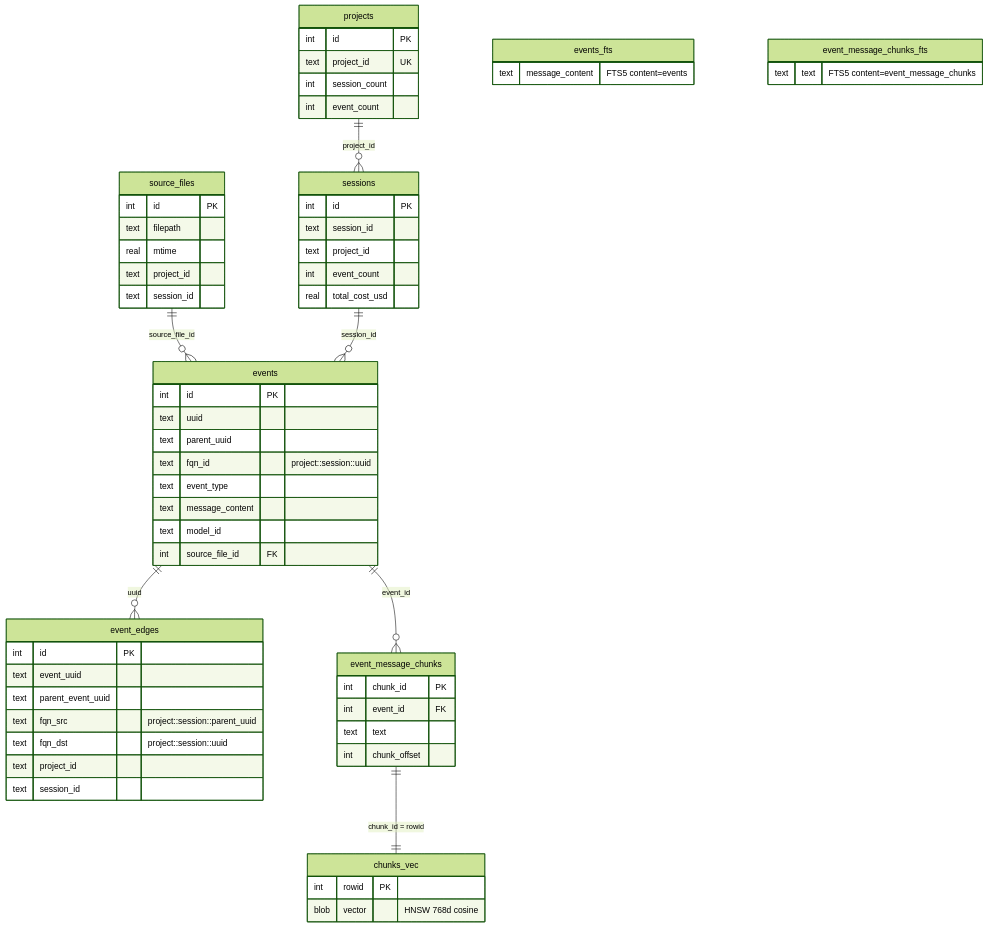
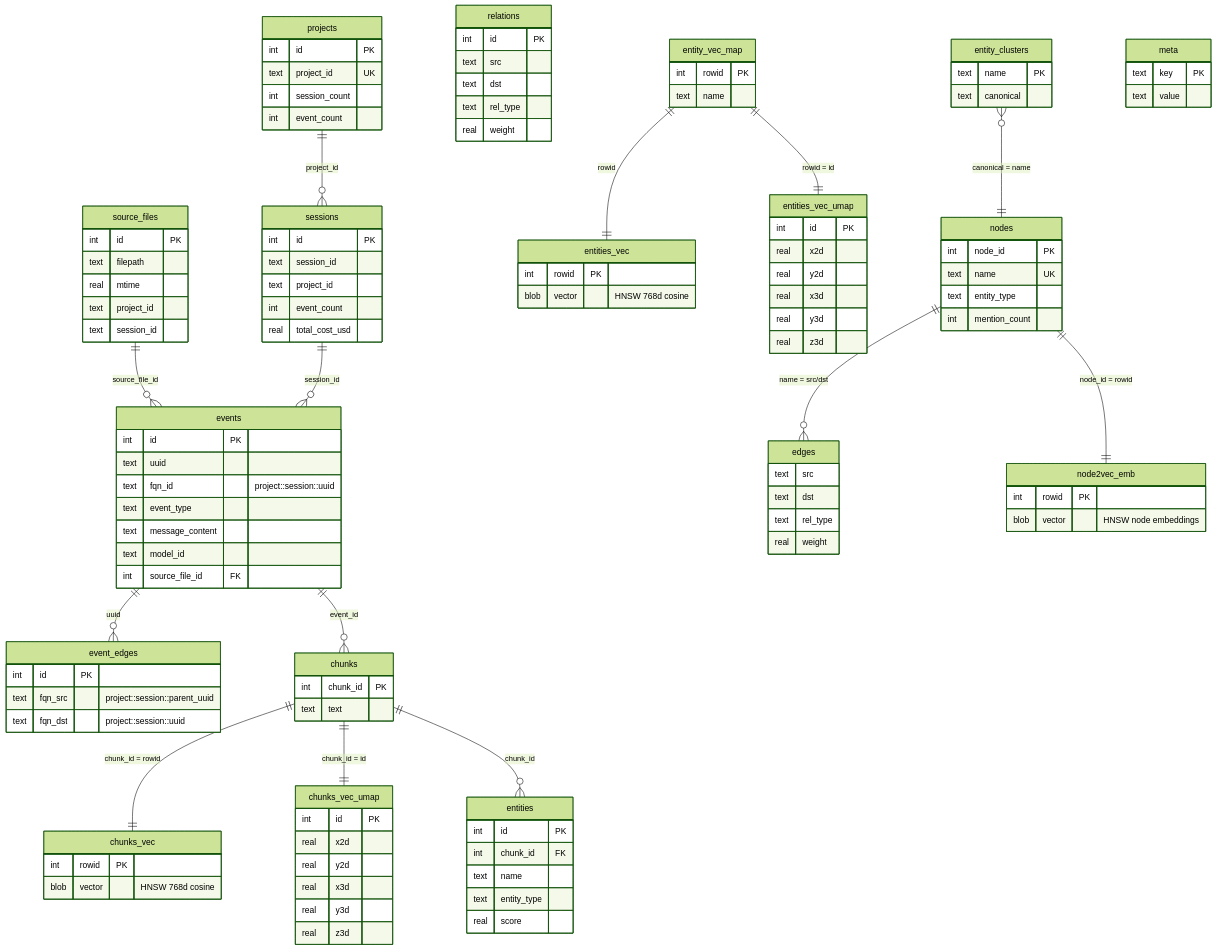
One commit to neozenith/sqlite-muninn changed the second of 2 diagrams in benchmarks/sessions_demo/README.md. Above: the diagram before and after it, drawn with Mermaid (forest theme). The commit also changed other lines of this file and 49 other files, not shown here.

Commit message:
feat: benchmarks.sessions_demo to build incremental knowledge graph from claude code sessions files. Lots of speed tuning splitting tasks into fine grained steps to find bottlenecks, making models work offline without needing constant internet checks or unnecessary redownloads of models.

````diff
--- a/benchmarks/sessions_demo/README.md
+++ b/benchmarks/sessions_demo/README.md
@@ -57,43 +142,99 @@
     events {
         int id PK
         text uuid
-        text parent_uuid
         text fqn_id "project::session::uuid"
         text event_type
         text message_content
         text model_id
         int source_file_id FK
     }
-    events_fts {
-        text message_content "FTS5 content=events"
-    }
     event_edges {
         int id PK
-        text event_uuid
-        text parent_event_uuid
         text fqn_src "project::session::parent_uuid"
         text fqn_dst "project::session::uuid"
-        text project_id
-        text session_id
     }
-    event_message_chunks {
+    chunks {
         int chunk_id PK
-        int event_id FK
         text text
-        int chunk_offset
-    }
-    event_message_chunks_fts {
-        text text "FTS5 content=event_message_chunks"
     }
     chunks_vec {
         int rowid PK
         blob vector "HNSW 768d cosine"
     }
+    chunks_vec_umap {
+        int id PK
+        real x2d
+        real y2d
+        real x3d
+        real y3d
+        real z3d
+    }
+    entities {
+        int id PK
+        int chunk_id FK
+        text name
+        text entity_type
+        real score
+    }
+    relations {
+        int id PK
+        text src
+        text dst
+        text rel_type
+        real weight
+    }
+    entity_vec_map {
+        int rowid PK
+        text name
+    }
+    entities_vec {
+        int rowid PK
+        blob vector "HNSW 768d cosine"
+    }
+    entities_vec_umap {
+        int id PK
+        real x2d
+        real y2d
+        real x3d
+        real y3d
+        real z3d
+    }
+    entity_clusters {
+        text name PK
+        text canonical
+    }
+    nodes {
+        int node_id PK
+        text name UK
+        text entity_type
+        int mention_count
+    }
+    edges {
+        text src
+        text dst
+        text rel_type
+        real weight
+    }
+    node2vec_emb {
+        int rowid PK
+        blob vector "HNSW node embeddings"
+    }
+    meta {
+        text key PK
+        text value
+    }
 
     source_files ||--o{ events : "source_file_id"
     events ||--o{ event_edges : "uuid"
-    events ||--o{ event_message_chunks : "event_id"
-    event_message_chunks ||--|| chunks_vec : "chunk_id = rowid"
+    events ||--o{ chunks : "event_id"
+    chunks ||--|| chunks_vec : "chunk_id = rowid"
+    chunks ||--|| chunks_vec_umap : "chunk_id = id"
+    chunks ||--o{ entities : "chunk_id"
+    entity_vec_map ||--|| entities_vec : "rowid"
+    entity_vec_map ||--|| entities_vec_umap : "rowid = id"
+    entity_clusters }o--|| nodes : "canonical = name"
+    nodes ||--o{ edges : "name = src/dst"
+    nodes ||--|| node2vec_emb : "node_id = rowid"
     projects ||--o{ sessions : "project_id"
     sessions ||--o{ events : "session_id"
 ```
````
